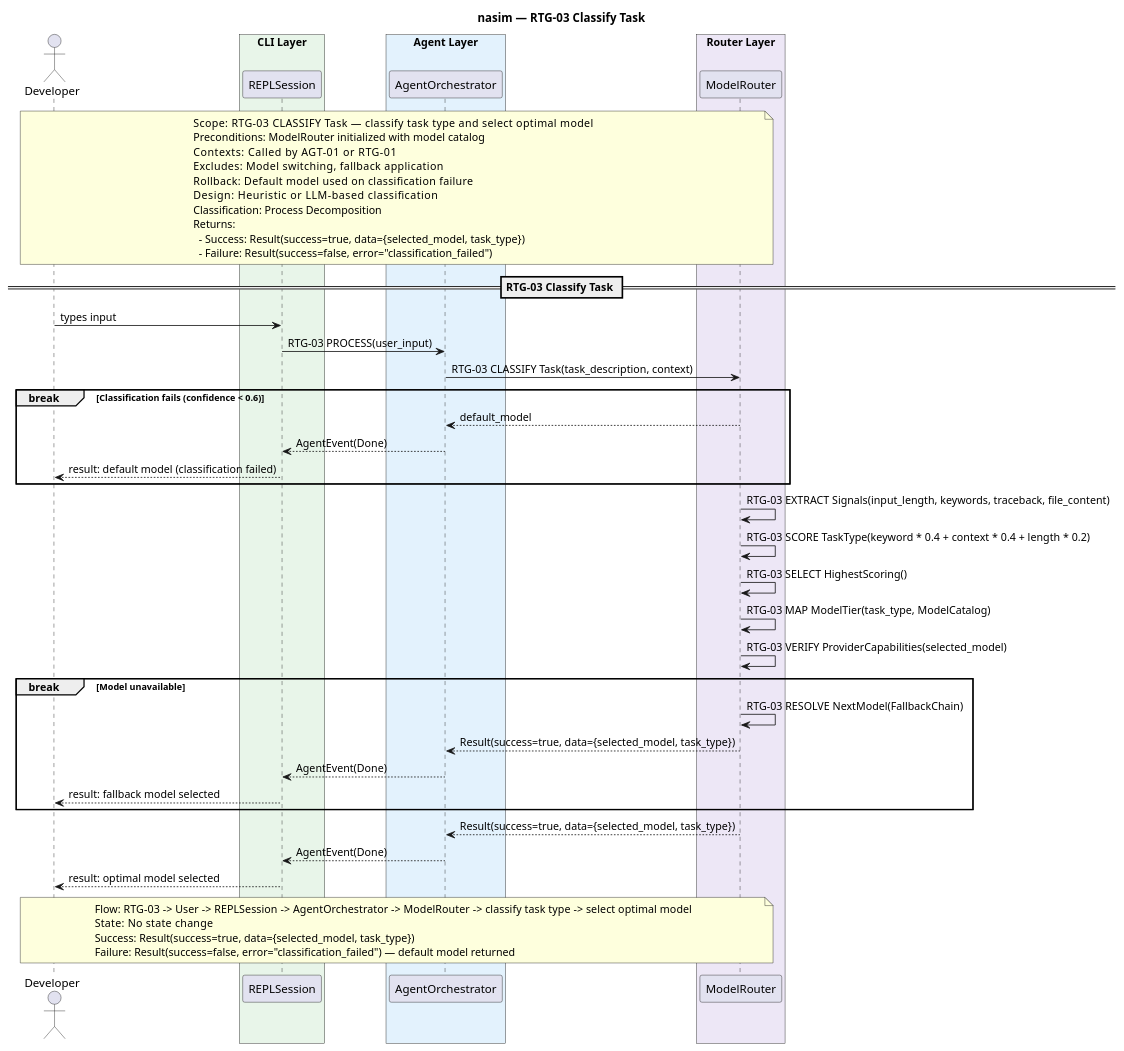
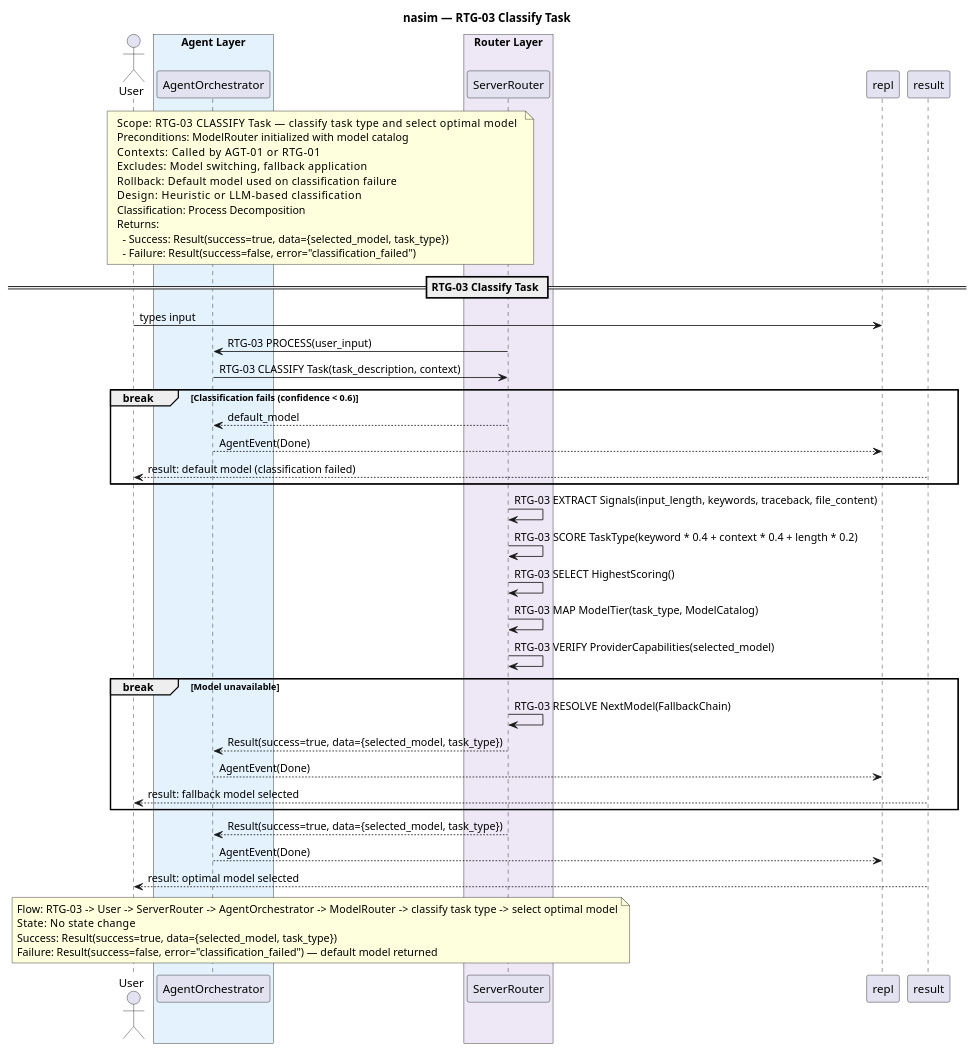
Before and after one commit to salimnamvar/nasim: the diagram in docs/SQ/RTG/sq_rtg03_classify_task.puml, drawn with PlantUML. The commit also changed 163 other files, not shown here.

First line of the commit message:
docs: Refactor UC diagrams and documentation for API-First transformation

```diff
--- a/docs/SQ/RTG/sq_rtg03_classify_task.puml
+++ b/docs/SQ/RTG/sq_rtg03_classify_task.puml
@@ -1,78 +1,78 @@
 @startuml sq_rtg03_classify_task
 ' ============================================================
 ' Title:     RTG-03 — Classify Task
 ' Boundary:  nasim code agent
 ' Purpose:   Classify task type and select optimal model
 ' Milestone: v1.0
-' Version:   3.0.0
-' Source:    docs/UC/README.md
+' Version:   7.0.0
+' Source:    CAR refinement loop — API-First transformation
 ' Review:    docs/SQ/README.md
 ' ============================================================
 
 title nasim — RTG-03 Classify Task
 
-actor "Developer" as user
+actor "User" as user
 
-box "CLI Layer" #E8F5E9
-  participant "REPLSession" as repl
+box "API Group (Entry Gate)" #E8F5E9
+  participant "ServerRouter" as router
 end box
 box "Agent Layer" #E3F2FD
   participant "AgentOrchestrator" as agent
 end box
 box "Router Layer" #EDE7F6
   participant "ModelRouter" as router
 end box
 
 note over user, router
   Scope:          RTG-03 CLASSIFY Task — classify task type and select optimal model
   Preconditions:  ModelRouter initialized with model catalog
   Contexts:       Called by AGT-01 or RTG-01
   Excludes:       Model switching, fallback application
   Rollback:       Default model used on classification failure
   Design:         Heuristic or LLM-based classification
   Classification: Process Decomposition
   Returns:
     - Success: Result(success=true, data={selected_model, task_type})
     - Failure: Result(success=false, error="classification_failed")
 end note
 
 == RTG-03 Classify Task ==
 
 user -> repl : types input
-repl -> agent : RTG-03 PROCESS(user_input)
+router -> agent : RTG-03 PROCESS(user_input)
 
 agent -> router : RTG-03 CLASSIFY Task(task_description, context)
 
 break Classification fails (confidence < 0.6)
     router --> agent : default_model
     agent --> repl : AgentEvent(Done)
-    repl --> user : result: default model (classification failed)
+    result --> user : result: default model (classification failed)
 end
 
 router -> router : RTG-03 EXTRACT Signals(input_length, keywords, traceback, file_content)
 router -> router : RTG-03 SCORE TaskType(keyword * 0.4 + context * 0.4 + length * 0.2)
 router -> router : RTG-03 SELECT HighestScoring()
 
 router -> router : RTG-03 MAP ModelTier(task_type, ModelCatalog)
 router -> router : RTG-03 VERIFY ProviderCapabilities(selected_model)
 
 break Model unavailable
     router -> router : RTG-03 RESOLVE NextModel(FallbackChain)
     router --> agent : Result(success=true, data={selected_model, task_type})
     agent --> repl : AgentEvent(Done)
-    repl --> user : result: fallback model selected
+    result --> user : result: fallback model selected
 end
 
 router --> agent : Result(success=true, data={selected_model, task_type})
 
 agent --> repl : AgentEvent(Done)
-repl --> user : result: optimal model selected
+result --> user : result: optimal model selected
 
 note over user, router
-  Flow:    RTG-03 -> User -> REPLSession -> AgentOrchestrator -> ModelRouter -> classify task type -> select optimal model
+  Flow:    RTG-03 -> User -> ServerRouter -> AgentOrchestrator -> ModelRouter -> classify task type -> select optimal model
   State:   No state change
   Success: Result(success=true, data={selected_model, task_type})
   Failure: Result(success=false, error="classification_failed") — default model returned
 end note
 
 @enduml
```
